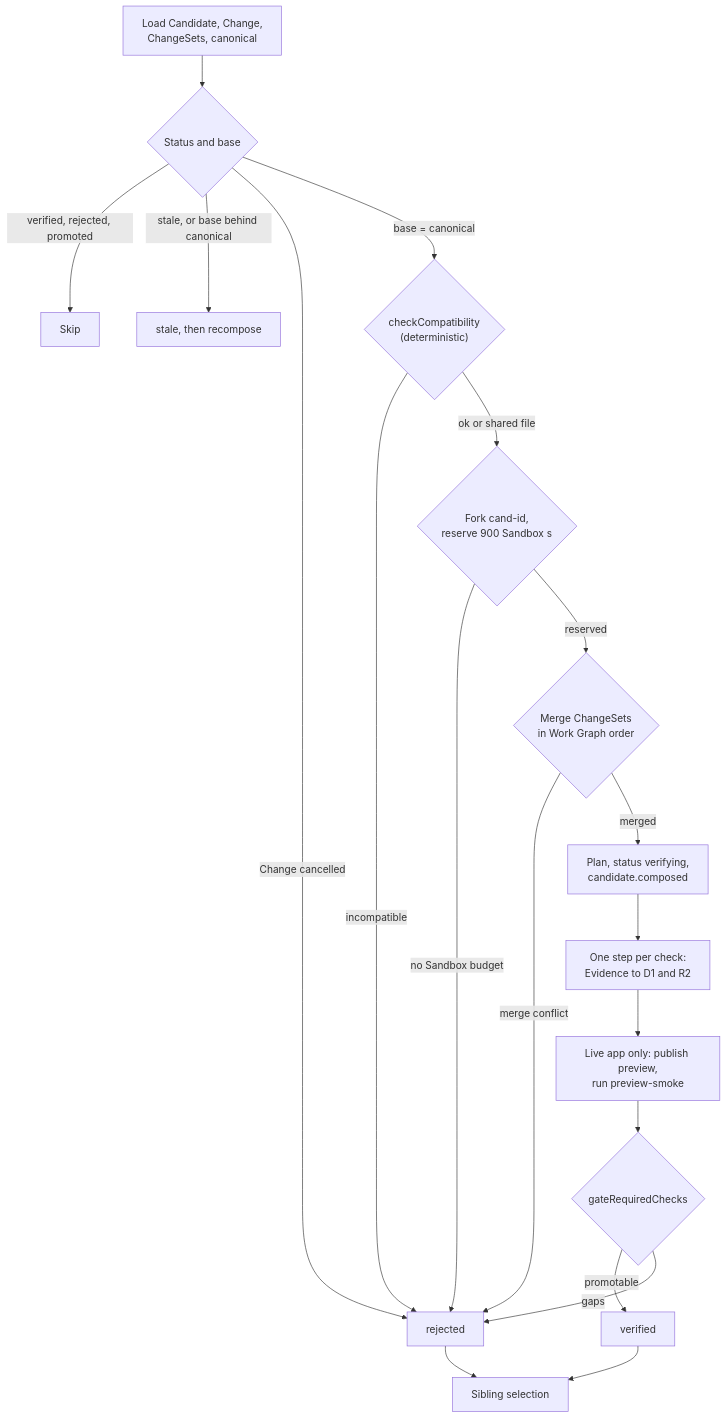
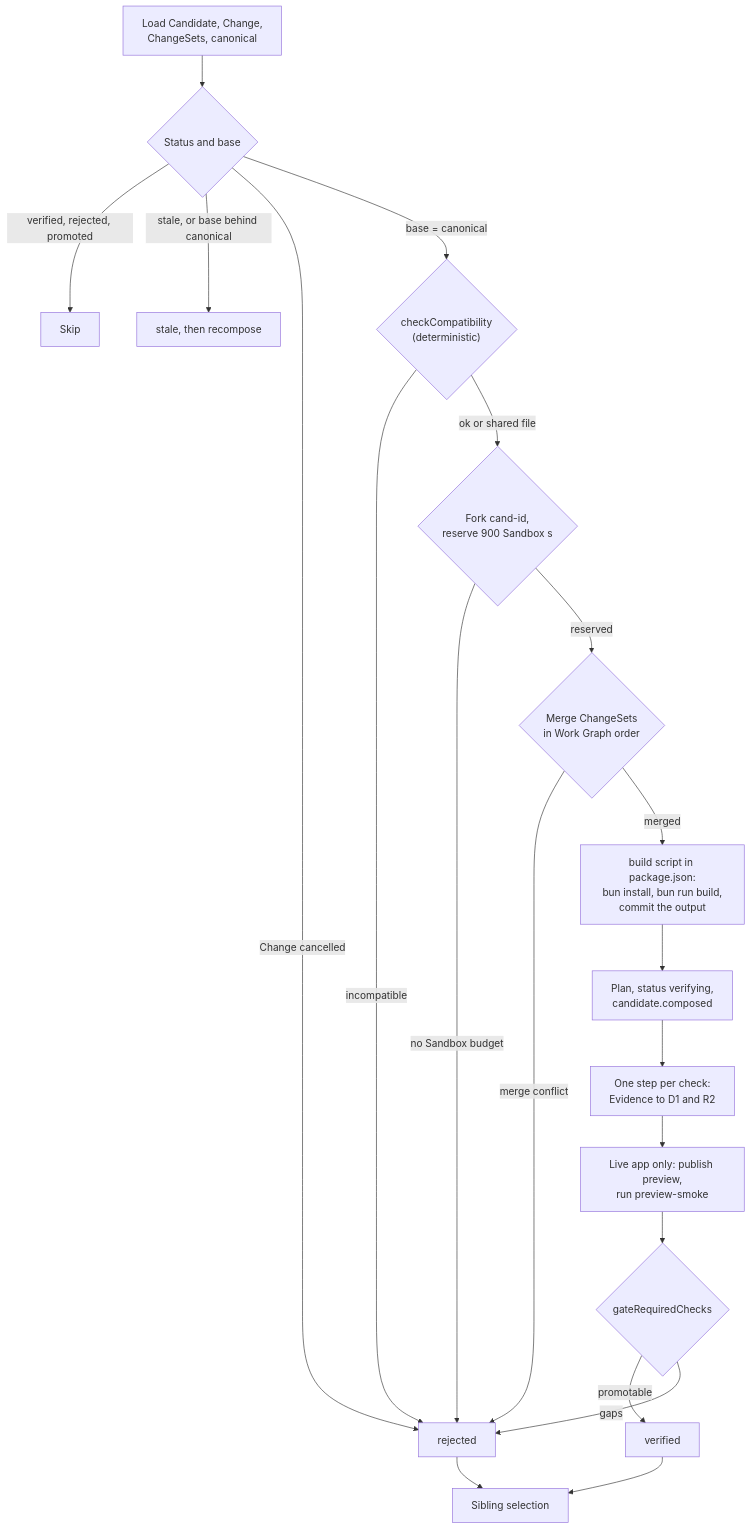
The fourth of 8 diagrams in docs/architecture/source-and-verification.md (nsudhanva/rhumbatron), drawn with Mermaid before and after one commit. The commit also changed other lines of this file and 29 other files, not shown here.

````diff
--- a/docs/architecture/source-and-verification.md
+++ b/docs/architecture/source-and-verification.md
@@ -161,21 +168,22 @@
 ```mermaid
 flowchart TB
   L["Load Candidate, Change,<br/>ChangeSets, canonical"] --> F{"Status and base"}
   F -->|"verified, rejected, promoted"| SKIP["Skip"]
   F -->|"stale, or base behind canonical"| ST["stale, then recompose"]
   F -->|"Change cancelled"| RJ["rejected"]
   F -->|"base = canonical"| CC{"checkCompatibility<br/>(deterministic)"}
   CC -->|"incompatible"| RJ
   CC -->|"ok or shared file"| FK{"Fork cand-id,<br/>reserve 900 Sandbox s"}
   FK -->|"no Sandbox budget"| RJ
   FK -->|"reserved"| CM{"Merge ChangeSets<br/>in Work Graph order"}
   CM -->|"merge conflict"| RJ
-  CM -->|"merged"| PL["Plan, status verifying,<br/>candidate.composed"]
+  CM -->|"merged"| BD["build script in package.json:<br/>bun install, bun run build,<br/>commit the output"]
+  BD --> PL["Plan, status verifying,<br/>candidate.composed"]
   PL --> CK["One step per check:<br/>Evidence to D1 and R2"]
   CK --> PV["Live app only: publish preview,<br/>run preview-smoke"]
   PV --> GT{"gateRequiredChecks"}
   GT -->|"promotable"| VF["verified"]
   GT -->|"gaps"| RJ
   VF --> SEL["Sibling selection"]
   RJ --> SEL
 ```
````
